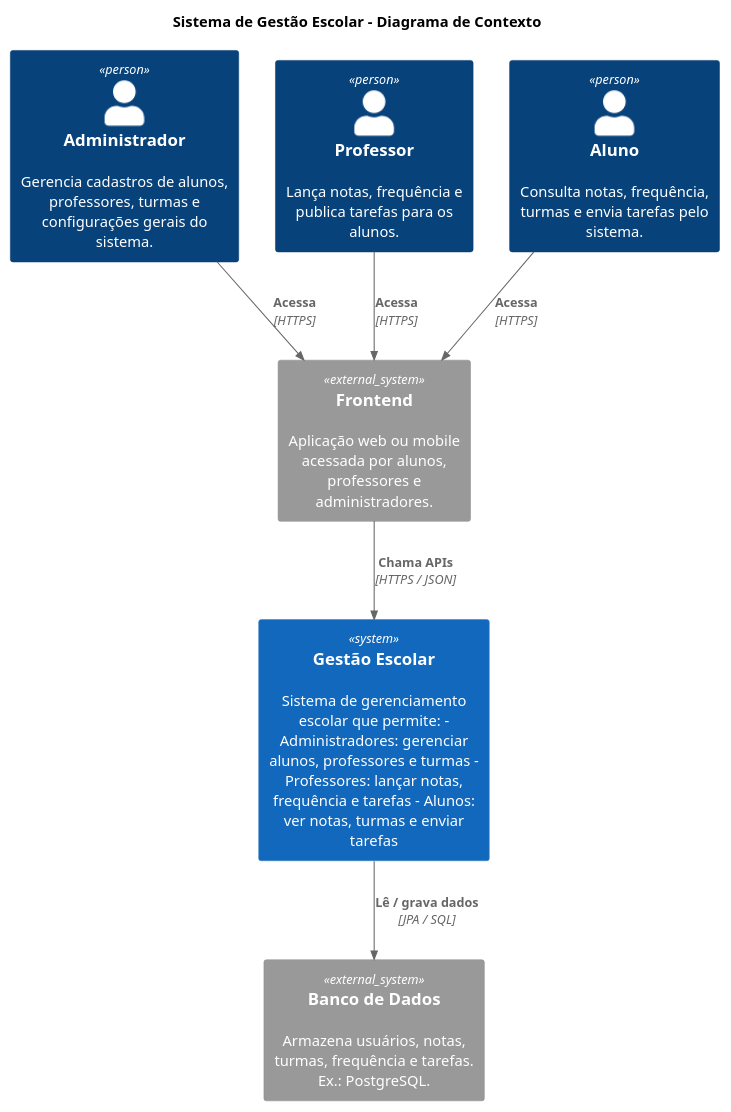
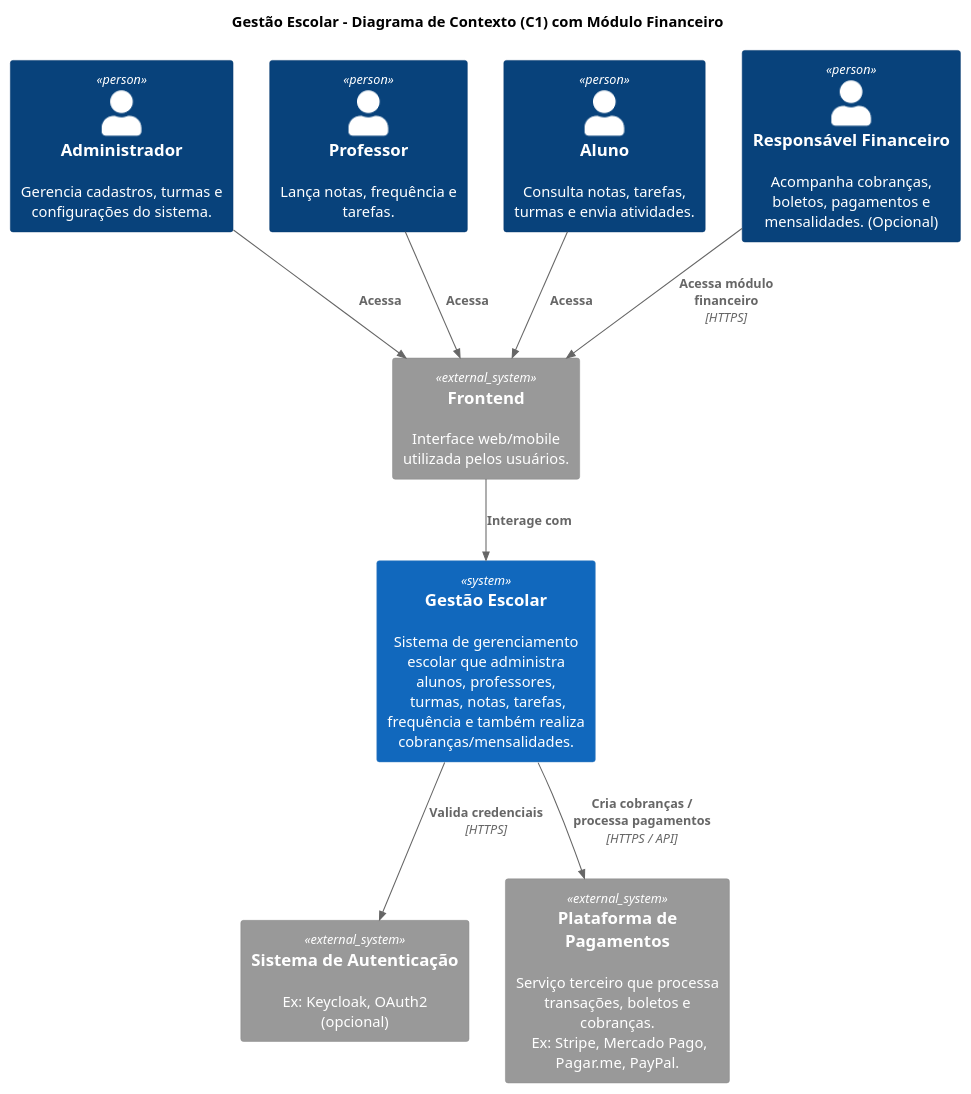
The diagram in docs/diagramas/diagrama_contexto.puml (Framks/gestao_escolar_api), drawn with PlantUML before and after one commit. The commit also changed 2 other files, not shown here.

Commit message:
Adicionar os diagramas de container e contexto.

```diff
--- a/docs/diagramas/diagrama_contexto.puml
+++ b/docs/diagramas/diagrama_contexto.puml
@@ -1,22 +1,32 @@
 @startuml
-!include https://raw.githubusercontent.com/plantuml-stdlib/C4-PlantUML/master/C4_Container.puml
+!includeurl https://raw.githubusercontent.com/plantuml-stdlib/C4-PlantUML/master/C4_Context.puml
 
-title Sistema de Gestão Escolar - Diagrama de Contexto
+title Gestão Escolar – Diagrama de Contexto (C1) com Módulo Financeiro
 
-Person(admin, "Administrador", "Gerencia cadastros de alunos, professores, turmas e configurações gerais do sistema.")
-Person(prof, "Professor", "Lança notas, frequência e publica tarefas para os alunos.")
-Person(aluno, "Aluno", "Consulta notas, frequência, turmas e envia tarefas pelo sistema.")
+Person(admin, "Administrador",  "Gerencia cadastros, turmas e configurações do sistema.")
+Person(prof, "Professor",  "Lança notas, frequência e tarefas.")
+Person(aluno, "Aluno",  "Consulta notas, tarefas, turmas e envia atividades.")
 
-System(api, "Gestão Escolar", "Sistema de gerenciamento escolar que permite: - Administradores: gerenciar alunos, professores e turmas - Professores: lançar notas, frequência e tarefas - Alunos: ver notas, turmas e enviar tarefas")
+Person(resp_fin, "Responsável Financeiro", "Acompanha cobranças, boletos, pagamentos e mensalidades. (Opcional)")
 
-System_Ext(front, "Frontend", "Aplicação web ou mobile acessada por alunos, professores e administradores.")
-System_Ext(db, "Banco de Dados", "Armazena usuários, notas, turmas, frequência e tarefas. Ex.: PostgreSQL.")
+System(sistema, "Gestão Escolar",   "Sistema de gerenciamento escolar que administra alunos, professores,\n turmas, notas, tarefas, frequência e também realiza cobranças/mensalidades.")
 
-Rel(admin, front, "Acessa", "HTTPS")
-Rel(prof, front, "Acessa", "HTTPS")
-Rel(aluno, front, "Acessa", "HTTPS")
+System_Ext(frontend, "Frontend", "Interface web/mobile utilizada pelos usuários.")
+System_Ext(autenticacao, "Sistema de Autenticação",  "Ex: Keycloak, OAuth2 (opcional)")
+System_Ext(pagamentos, "Plataforma de Pagamentos",  "Serviço terceiro que processa transações, boletos e cobranças.\n Ex: Stripe, Mercado Pago, Pagar.me, PayPal.")
 
-Rel(front, api, "Chama APIs", "HTTPS / JSON")
-Rel(api, db, "Lê / grava dados", "JPA / SQL")
+
+' --- Relações dos usuários com o frontend ---
+Rel(admin, frontend, "Acessa")
+Rel(prof, frontend, "Acessa")
+Rel(aluno, frontend, "Acessa")
+Rel(resp_fin, frontend, "Acessa módulo financeiro", "HTTPS")
+
+' --- Relações do frontend com o sistema ---
+Rel(frontend, sistema, "Interage com")
+
+' --- Serviços externos usados pelo sistema ---
+Rel(sistema, autenticacao, "Valida credenciais", "HTTPS")
+Rel(sistema, pagamentos, "Cria cobranças / processa pagamentos", "HTTPS / API")
 
 @enduml
```
